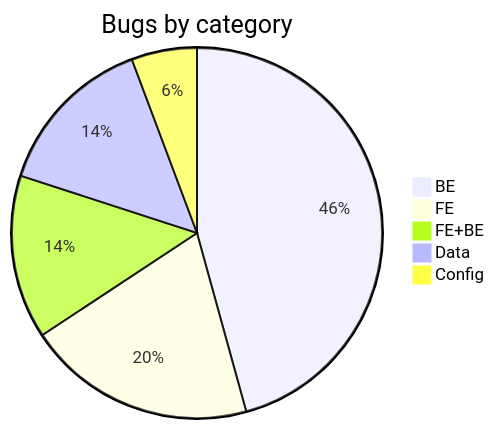
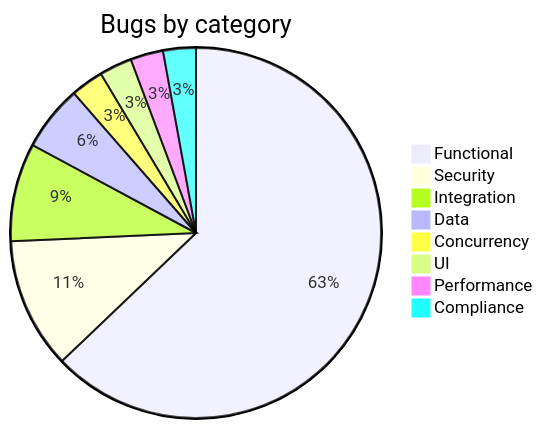
Before and after one commit to adrianstanciu555/smartphone-shop: the fourth of 5 diagrams in docs/bug-analysis-report.md, drawn with Mermaid. The commit also changed other lines of this file, not shown here.

Commit message:
updated pie charts and table in bug analysis

````diff
--- a/docs/bug-analysis-report.md
+++ b/docs/bug-analysis-report.md
@@ -193,8 +209,11 @@
 ```mermaid
 pie title Bugs by category
-    "BE" : 16
-    "FE" : 7
-    "FE+BE" : 5
-    "Data" : 5
-    "Config" : 2
+    "Functional" : 22
+    "Security" : 4
+    "Integration" : 3
+    "Data" : 2
+    "Concurrency" : 1
+    "UI" : 1
+    "Performance" : 1
+    "Compliance" : 1
 ```
````
